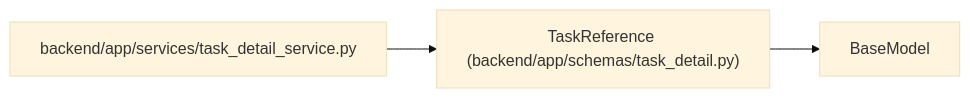
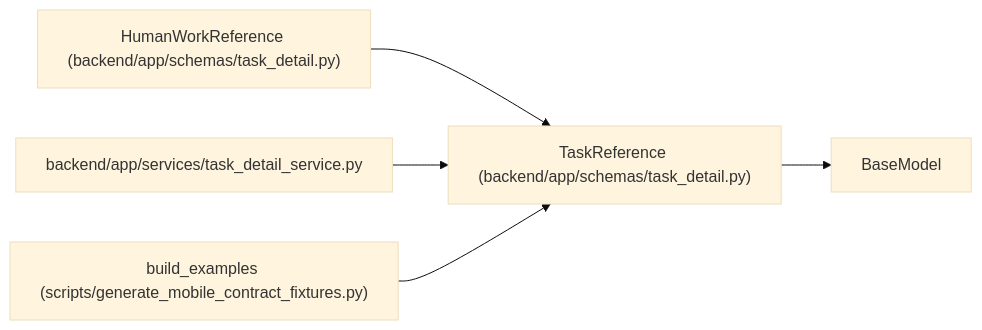
One commit to Denissvgn/WorkChord changed the diagram in docs/llm_wiki/entities/task_detail_TaskReference.md. Above: the diagram before and after it, drawn with Mermaid (base theme). The commit also changed other lines of this file and 6624 other files, not shown here.

````diff
--- a/docs/llm_wiki/entities/task_detail_TaskReference.md
+++ b/docs/llm_wiki/entities/task_detail_TaskReference.md
@@ -43,10 +43,16 @@
 ```mermaid
 flowchart LR
     n0["TaskReference (backend/app/schemas/task_detail.py)"]
     n1["BaseModel"]
-    n2["backend/app/services/task_detail_service.py"]
+    n2["HumanWorkReference (backend/app/schemas/task_detail.py)"]
+    n3["backend/app/services/task_detail_service.py"]
+    n4["build_examples (scripts/generate_mobile_contract_fixtures.py)"]
     n0 --> n1
     n2 --> n0
+    n3 --> n0
+    n4 --> n0
     click n0 "../modules/task_detail.md"
-    click n2 "../modules/task_detail_service.md"
+    click n2 "../modules/task_detail.md"
+    click n3 "../modules/task_detail_service.md"
+    click n4 "../modules/generate_mobile_contract_fixtures.md"
 ```
````
